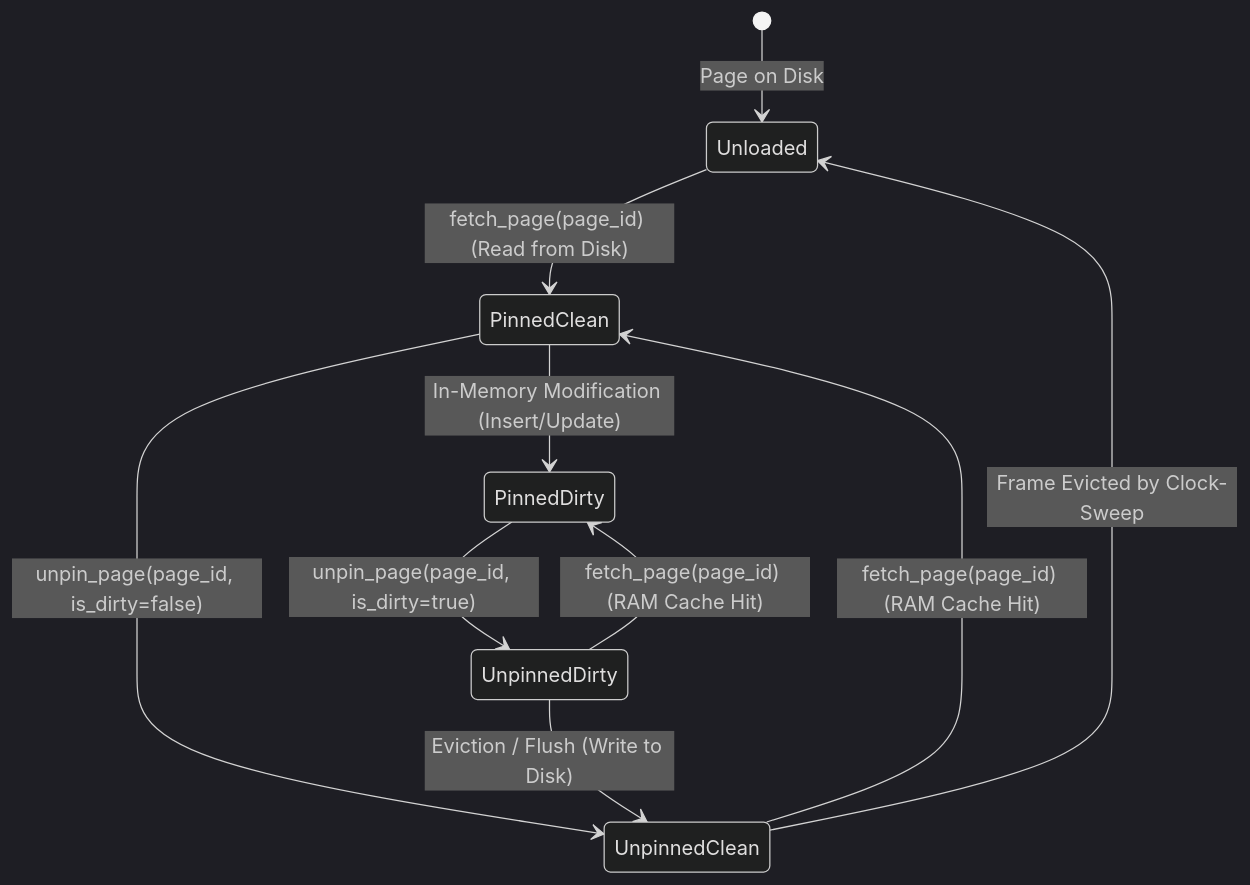
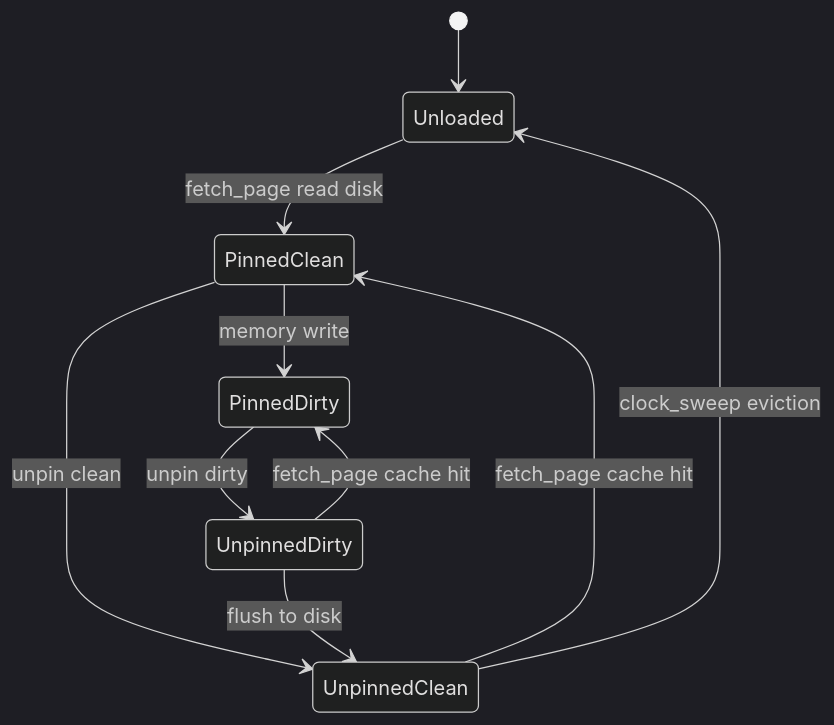
Before and after one commit to Nimastic/cpp-postgres: the second of 2 diagrams in notes/atlas/12-buffer-pool-gateway.md, drawn with Mermaid (dark theme). The commit also changed 16 other files, not shown here.

First line of the commit message:
fix(atlas): resolve all Mermaid diagram and LaTeX syntax parsing errors

````diff
--- a/notes/atlas/12-buffer-pool-gateway.md
+++ b/notes/atlas/12-buffer-pool-gateway.md
@@ -46,12 +46,12 @@
 ```mermaid
 stateDiagram-v2
-    [*] --> Unloaded: Page on Disk
-    Unloaded --> PinnedClean: fetch_page(page_id) (Read from Disk)
-    PinnedClean --> PinnedDirty: In-Memory Modification (Insert/Update)
-    PinnedClean --> UnpinnedClean: unpin_page(page_id, is_dirty=false)
-    PinnedDirty --> UnpinnedDirty: unpin_page(page_id, is_dirty=true)
-    UnpinnedClean --> PinnedClean: fetch_page(page_id) (RAM Cache Hit)
-    UnpinnedDirty --> PinnedDirty: fetch_page(page_id) (RAM Cache Hit)
-    UnpinnedDirty --> UnpinnedClean: Eviction / Flush (Write to Disk)
-    UnpinnedClean --> Unloaded: Frame Evicted by Clock-Sweep
+    [*] --> Unloaded
+    Unloaded --> PinnedClean: fetch_page read disk
+    PinnedClean --> PinnedDirty: memory write
+    PinnedClean --> UnpinnedClean: unpin clean
+    PinnedDirty --> UnpinnedDirty: unpin dirty
+    UnpinnedClean --> PinnedClean: fetch_page cache hit
+    UnpinnedDirty --> PinnedDirty: fetch_page cache hit
+    UnpinnedDirty --> UnpinnedClean: flush to disk
+    UnpinnedClean --> Unloaded: clock_sweep eviction
 ```
````
